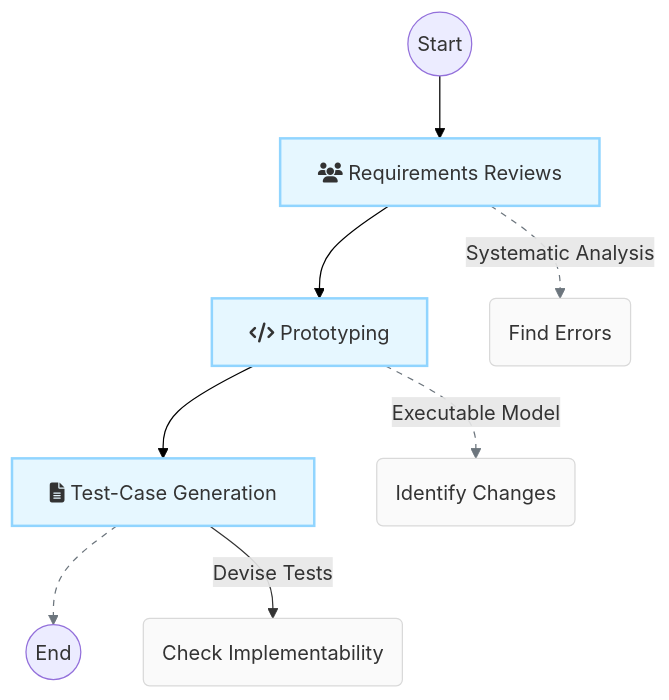
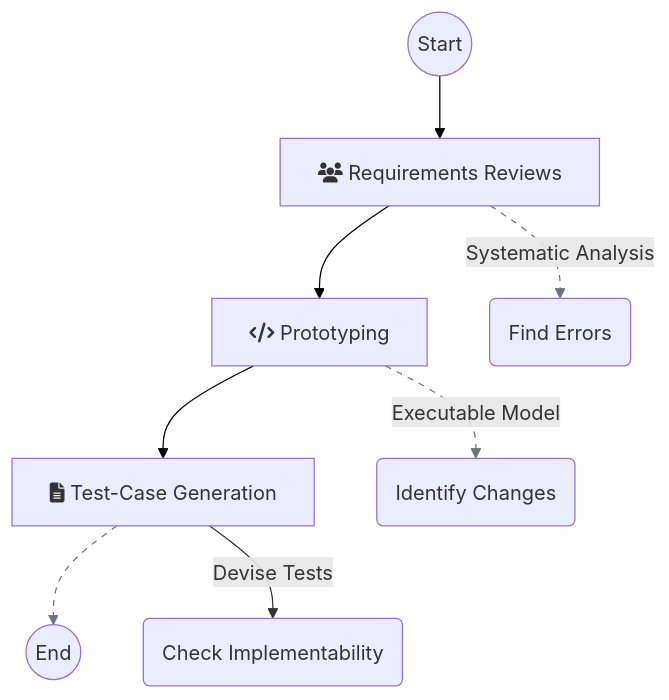
One commit to sujith-eag/sujith-library changed the second of 4 diagrams in docs/mca/se/u11/u14.md. Above: the diagram before and after it, drawn with Mermaid. The commit also changed other lines of this file and 41 other files, not shown here.

First line of the commit message:
Refactor diagrams and remove redundant styles in documentation

````diff
--- a/docs/mca/se/u11/u14.md
+++ b/docs/mca/se/u11/u14.md
@@ -68,14 +68,12 @@
 ```mermaid
 graph TD    
-    classDef technique fill:#e6f7ff,stroke:#91d5ff,stroke-width:2px;
-    classDef detail fill:#fafafa,stroke:#d9d9d9,stroke-width:1px;
     Start((Start)) --> A[fa:fa-users Requirements Reviews]:::technique;
     A --> B[fa:fa-code Prototyping]:::technique;
     B --> C[fa:fa-file-alt Test-Case Generation]:::technique;
     C --> End((End));
     A -- "Systematic Analysis" --> A1(Find Errors):::detail;
     B -- "Executable Model" --> B1(Identify Changes):::detail;
     C -- "Devise Tests" --> C1(Check Implementability):::detail;
     linkStyle 0,1,2 stroke:#000,stroke-width:1px;
     linkStyle 3,4,5 stroke:#6c757d,stroke-dasharray: 5 5;
 ```
````
